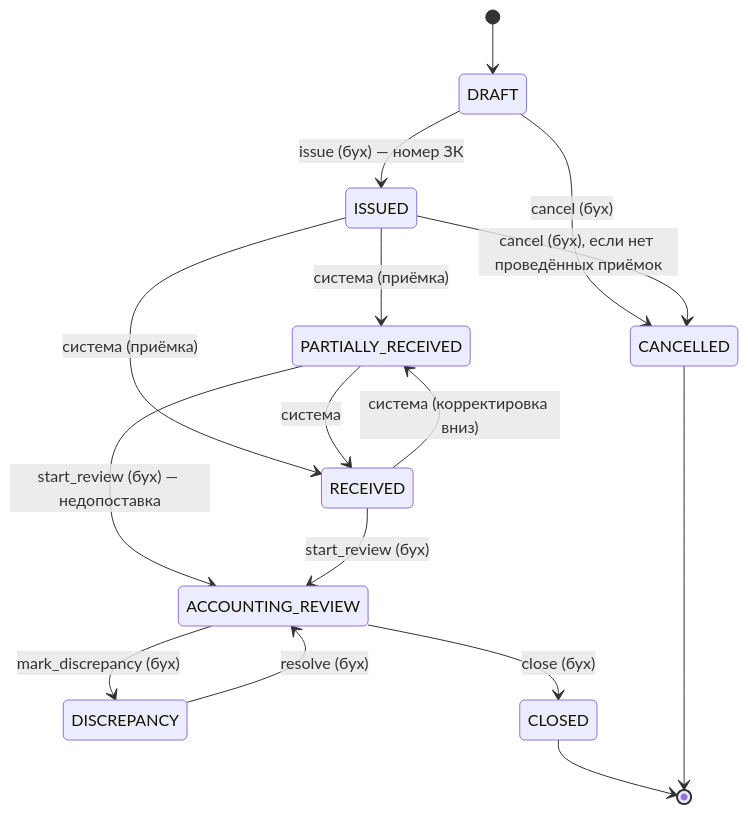
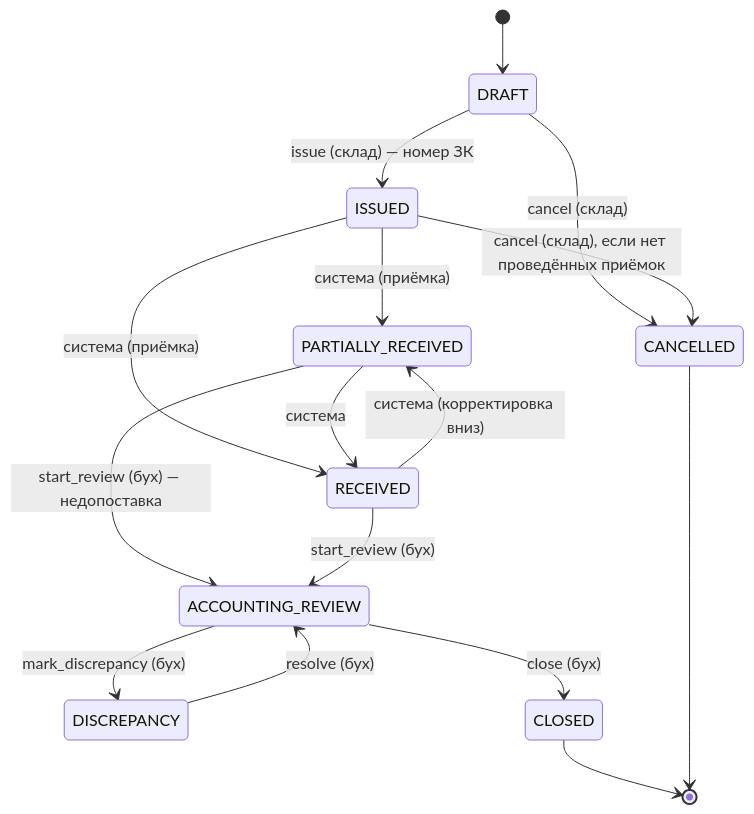
The sixth of 14 diagrams in docs/ARCHITECTURE.md (fshf7/buildflow-construction-test), drawn with Mermaid before and after one commit. The commit also changed other lines of this file and 36 other files, not shown here.

````diff
--- a/docs/ARCHITECTURE.md
+++ b/docs/ARCHITECTURE.md
@@ -636,18 +640,18 @@
 ```mermaid
 stateDiagram-v2
     [*] --> DRAFT
-    DRAFT --> ISSUED : issue (бух) — номер ЗК
-    DRAFT --> CANCELLED : cancel (бух)
-    ISSUED --> CANCELLED : cancel (бух), если нет проведённых приёмок
+    DRAFT --> ISSUED : issue (склад) — номер ЗК
+    DRAFT --> CANCELLED : cancel (склад)
+    ISSUED --> CANCELLED : cancel (склад), если нет проведённых приёмок
     ISSUED --> PARTIALLY_RECEIVED : система (приёмка)
     ISSUED --> RECEIVED : система (приёмка)
     PARTIALLY_RECEIVED --> RECEIVED : система
     RECEIVED --> PARTIALLY_RECEIVED : система (корректировка вниз)
     PARTIALLY_RECEIVED --> ACCOUNTING_REVIEW : start_review (бух) — недопоставка
     RECEIVED --> ACCOUNTING_REVIEW : start_review (бух)
     ACCOUNTING_REVIEW --> DISCREPANCY : mark_discrepancy (бух)
     DISCREPANCY --> ACCOUNTING_REVIEW : resolve (бух)
     ACCOUNTING_REVIEW --> CLOSED : close (бух)
     CLOSED --> [*]
     CANCELLED --> [*]
 ```
````
